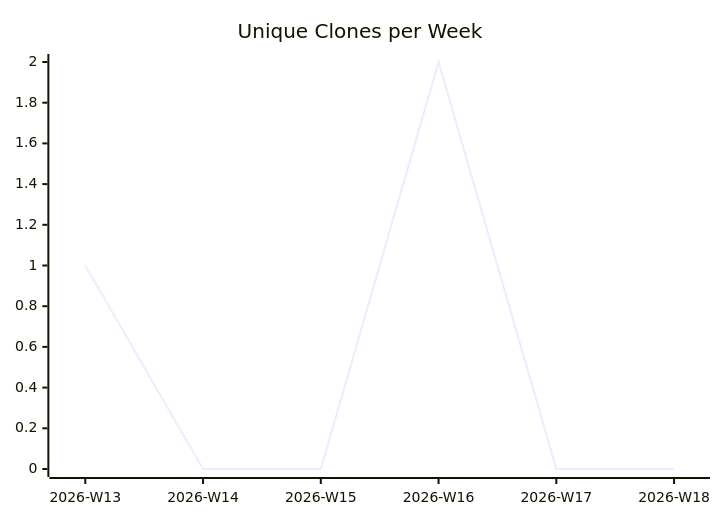
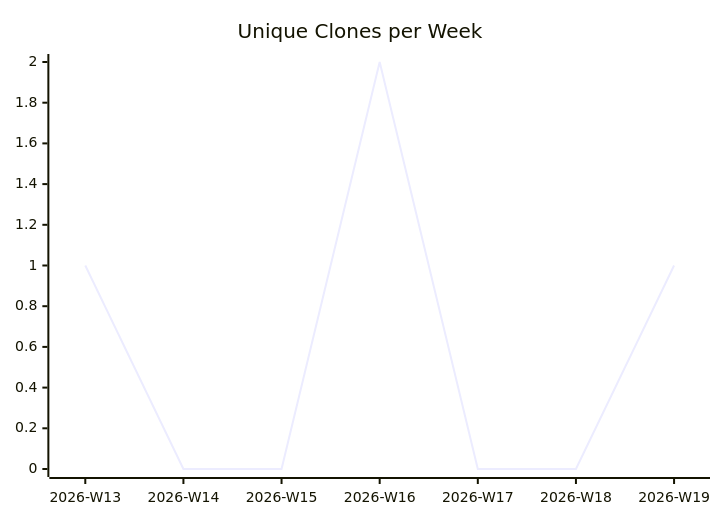
The third of 3 diagrams in karlmdavis/datanucleus-test-jdo-1-to-n/README.md (justdavis-family/github-analytics-data), drawn with Mermaid before and after one commit. The commit also changed other lines of this file and 187 other files, not shown here.

````diff
--- a/karlmdavis/datanucleus-test-jdo-1-to-n/README.md
+++ b/karlmdavis/datanucleus-test-jdo-1-to-n/README.md
@@ -19,6 +19,6 @@
 ```mermaid
 xychart-beta
   title "Unique Clones per Week"
-  x-axis ["2026-W13", "2026-W14", "2026-W15", "2026-W16", "2026-W17", "2026-W18"]
-  line [1, 0, 0, 2, 0, 0]
+  x-axis ["2026-W13", "2026-W14", "2026-W15", "2026-W16", "2026-W17", "2026-W18", "2026-W19"]
+  line [1, 0, 0, 2, 0, 0, 1]
 ```
````
